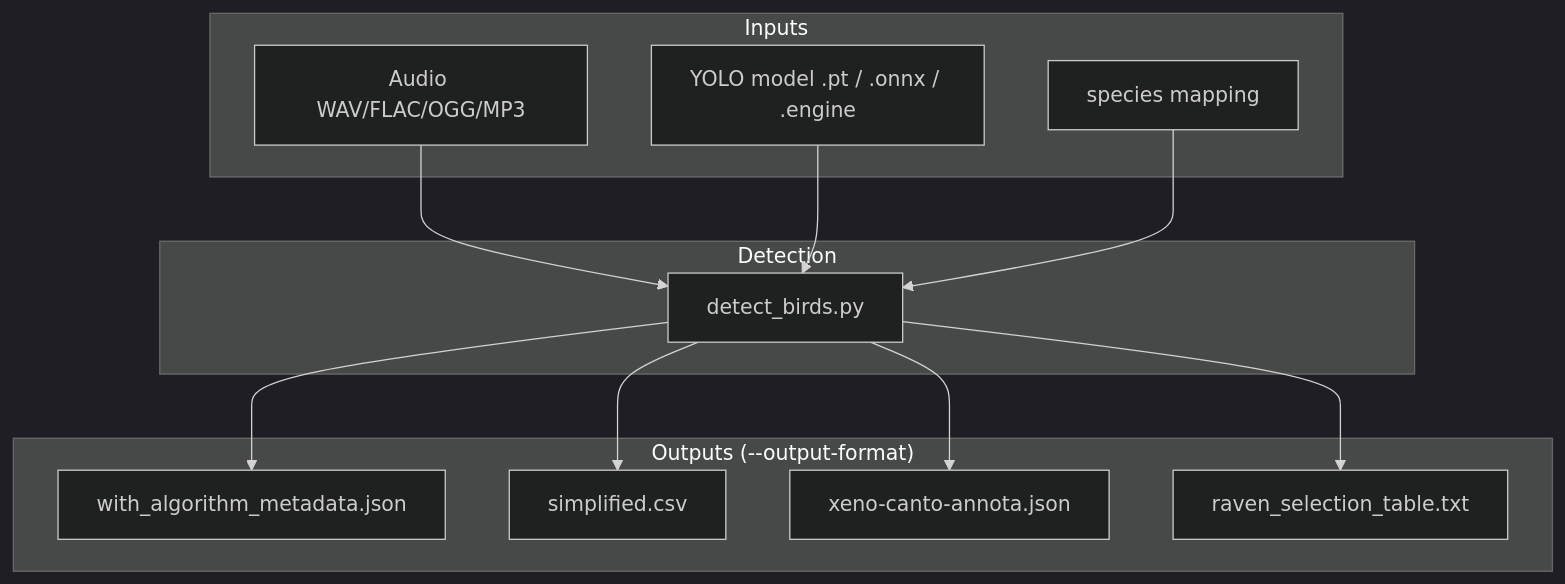
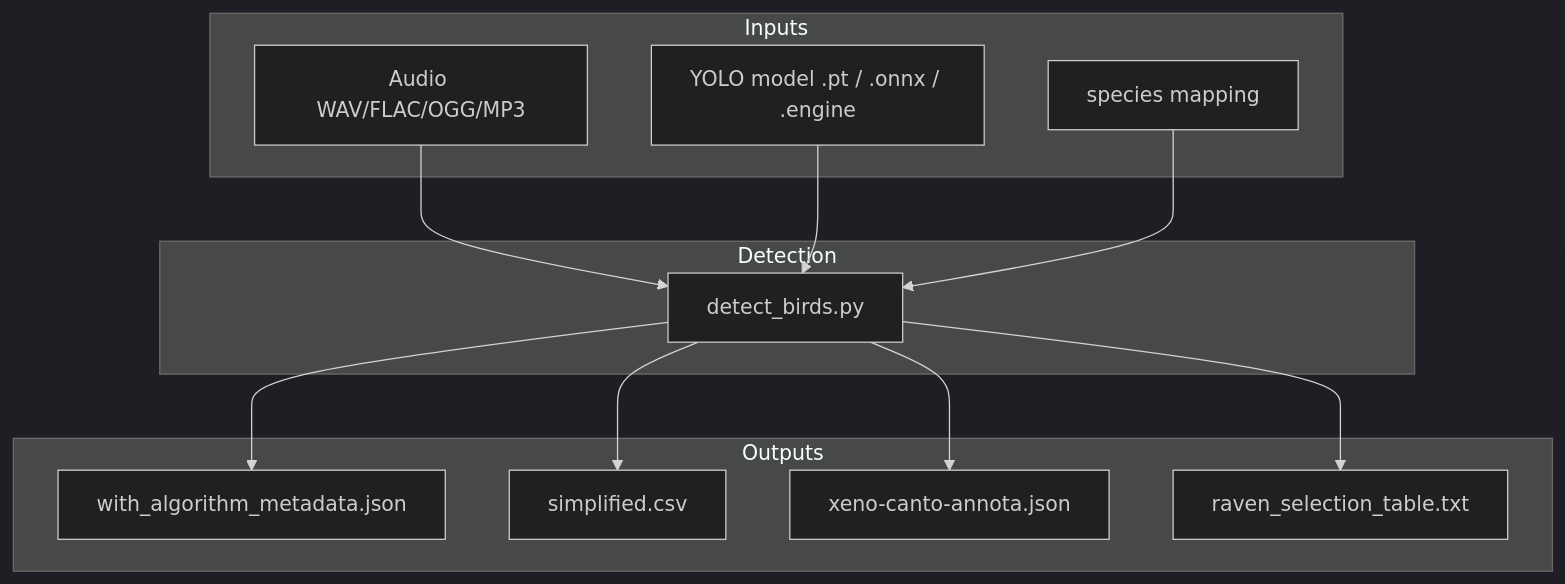
The first of 2 diagrams in docs/data/overview.md (birdnet-team/BirdBox), drawn with Mermaid (dark theme) before and after one commit. The commit also changed other lines of this file, not shown here.

````diff
--- a/docs/data/overview.md
+++ b/docs/data/overview.md
@@ -20,27 +11,27 @@
 ```mermaid
 flowchart TB
   subgraph inputs ["Inputs"]
     audio[Audio WAV/FLAC/OGG/MP3]
     model[YOLO model .pt / .onnx / .engine]
     mapping[species mapping]
   end
 
   subgraph detection ["Detection"]
     detect[detect_birds.py]
   end
 
-  subgraph outputs ["Outputs (--output-format)"]
+  subgraph outputs ["Outputs"]
     outJSON[with_algorithm_metadata.json]
     outCSV[simplified.csv]
     outXC[xeno-canto-annota.json]
     outRaven[raven_selection_table.txt]
   end
 
   audio --> detect
   model --> detect
   mapping --> detect
   detect --> outJSON
   detect --> outCSV
   detect --> outXC
   detect --> outRaven
 ```
````
